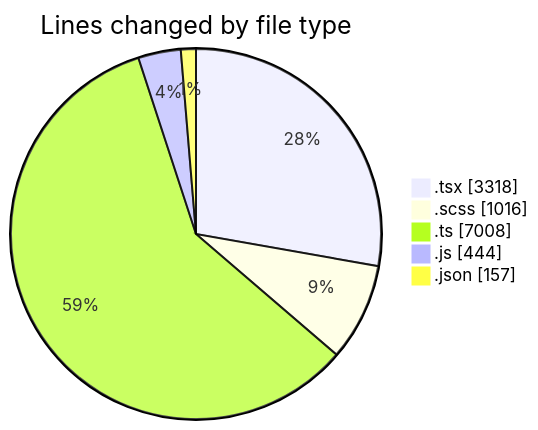
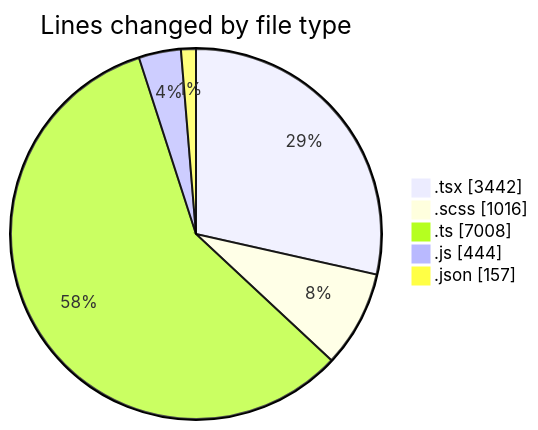
One commit to momahboobian/code-tracking changed the first of 2 diagrams in 2026-04-23/cda/README.md. Above: the diagram before and after it, drawn with Mermaid. The commit also changed other lines of this file and 1 other file, not shown here.

````diff
--- a/2026-04-23/cda/README.md
+++ b/2026-04-23/cda/README.md
@@ -41,9 +41,9 @@
 ```mermaid
 pie showData
 title Lines changed by file type
-".tsx" : 3318
+".tsx" : 3442
 ".scss" : 1016
 ".ts" : 7008
 ".js" : 444
 ".json" : 157
 ```
````
